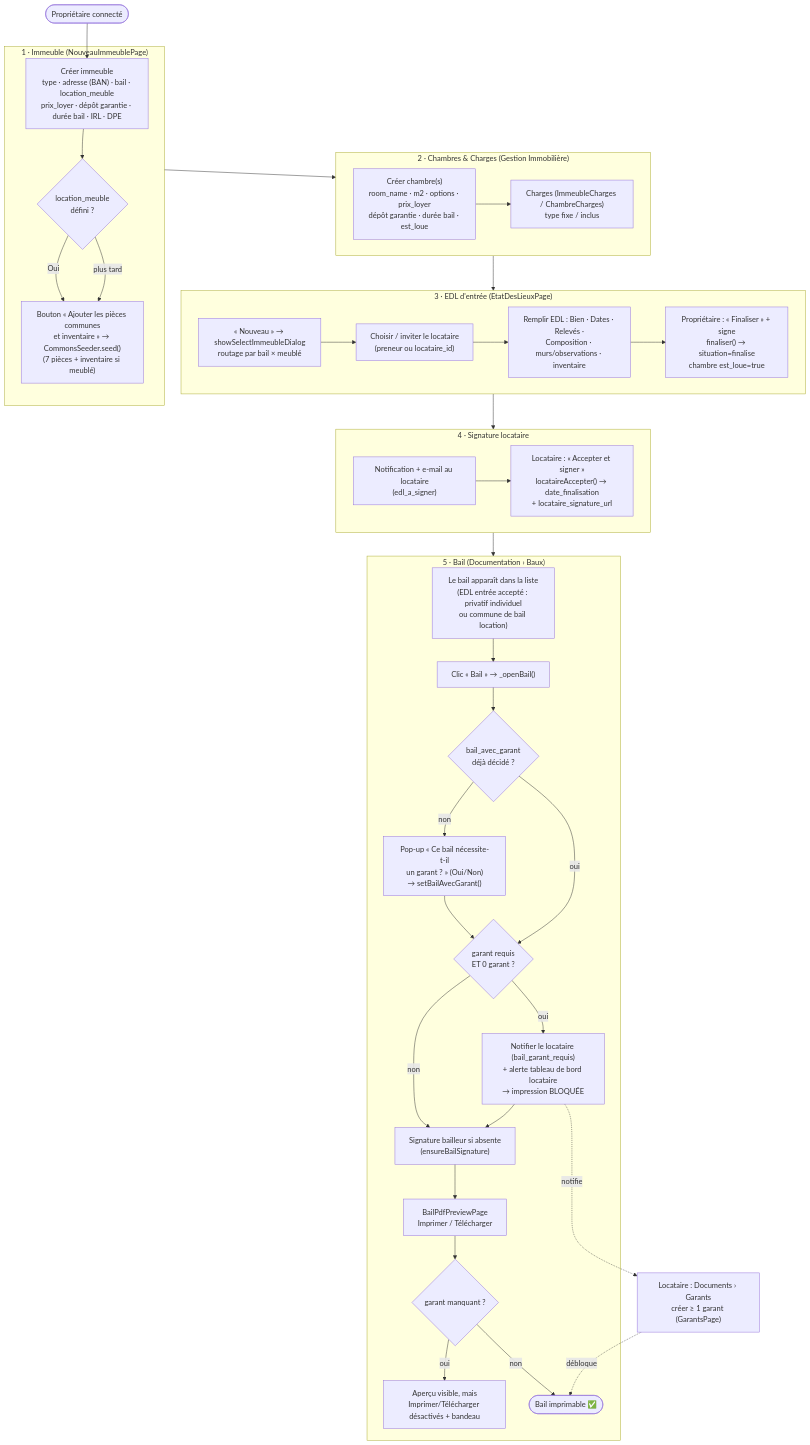
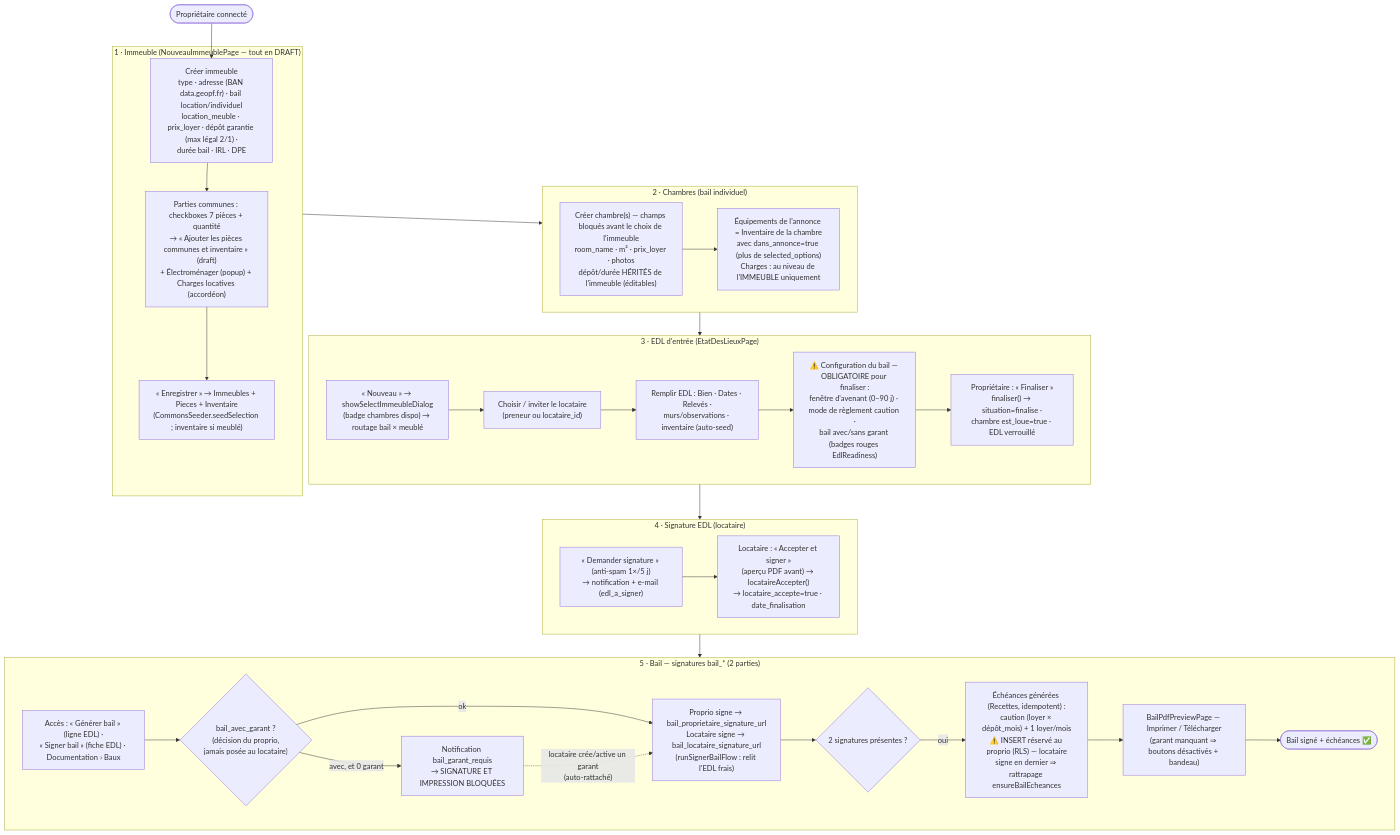
The first of 3 diagrams in diagrams/09_immeuble_vers_bail.md (rhayonne/lacoloc), drawn with Mermaid before and after one commit. The commit also changed other lines of this file and 31 other files, not shown here.

First line of the commit message:
feat(bail): résiliation avec prorata/remboursement de caution, acte de résiliation PDF, Vue générale Finances (v1.5.0)

````diff
--- a/diagrams/09_immeuble_vers_bail.md
+++ b/diagrams/09_immeuble_vers_bail.md
@@ -17,59 +20,49 @@
 ```mermaid
 flowchart TD
     START([Propriétaire connecté]) --> IMM
 
-    subgraph A["1 · Immeuble (NouveauImmeublePage)"]
-        IMM["Créer immeuble<br/>type · adresse (BAN) · bail · location_meuble<br/>prix_loyer · dépôt garantie · durée bail · IRL · DPE"]
-        IMM --> SEED{"location_meuble<br/>défini ?"}
-        SEED -->|Oui| COMMONS["Bouton « Ajouter les pièces communes<br/>et inventaire » → CommonsSeeder.seed()<br/>(7 pièces + inventaire si meublé)"]
-        SEED -->|plus tard| COMMONS
+    subgraph A["1 · Immeuble (NouveauImmeublePage — tout en DRAFT)"]
+        IMM["Créer immeuble<br/>type · adresse (BAN data.geopf.fr) · bail location/individuel<br/>location_meuble · prix_loyer · dépôt garantie (max légal 2/1) ·<br/>durée bail · IRL · DPE"]
+        IMM --> COMMONS["Parties communes : checkboxes 7 pièces + quantité<br/>→ « Ajouter les pièces communes et inventaire » (draft)<br/>+ Électroménager (popup) + Charges locatives (accordéon)"]
+        COMMONS --> SAVE["« Enregistrer » → Immeubles + Pieces + Inventaire<br/>(CommonsSeeder.seedSelection ; inventaire si meublé)"]
     end
 
     A --> B
 
-    subgraph B["2 · Chambres & Charges (Gestion Immobilière)"]
-        CH["Créer chambre(s)<br/>room_name · m2 · options · prix_loyer<br/>dépôt garantie · durée bail · est_loue"]
-        CHG["Charges (ImmeubleCharges / ChambreCharges)<br/>type fixe / inclus"]
-        CH --> CHG
+    subgraph B["2 · Chambres (bail individuel)"]
+        CH["Créer chambre(s) — champs bloqués avant le choix de l'immeuble<br/>room_name · m² · prix_loyer · photos<br/>dépôt/durée HÉRITÉS de l'immeuble (éditables)"]
+        CH --> INV["Équipements de l'annonce = Inventaire de la chambre<br/>avec dans_annonce=true (plus de selected_options)<br/>Charges : au niveau de l'IMMEUBLE uniquement"]
     end
 
     B --> C
 
     subgraph C["3 · EDL d'entrée (EtatDesLieuxPage)"]
-        NEW["« Nouveau » → showSelectImmeubleDialog<br/>routage par bail × meublé"]
+        NEW["« Nouveau » → showSelectImmeubleDialog<br/>(badge chambres dispo) → routage bail × meublé"]
         NEW --> LOC["Choisir / inviter le locataire<br/>(preneur ou locataire_id)"]
-        LOC --> FILL["Remplir EDL : Bien · Dates · Relevés ·<br/>Composition · murs/observations · inventaire"]
-        FILL --> FIN["Propriétaire : « Finaliser » + signe<br/>finaliser() → situation=finalise<br/>chambre est_loue=true"]
+        LOC --> FILL["Remplir EDL : Bien · Dates · Relevés ·<br/>murs/observations · inventaire (auto-seed)"]
+        FILL --> CFG["⚠️ Configuration du bail — OBLIGATOIRE pour finaliser :<br/>fenêtre d'avenant (0–90 j) · mode de règlement caution ·<br/>bail avec/sans garant (badges rouges EdlReadiness)"]
+        CFG --> FIN["Propriétaire : « Finaliser »<br/>finaliser() → situation=finalise ·<br/>chambre est_loue=true · EDL verrouillé"]
     end
 
     C --> D
 
-    subgraph D["4 · Signature locataire"]
-        NOTIF["Notification + e-mail au locataire<br/>(edl_a_signer)"]
-        SIGN["Locataire : « Accepter et signer »<br/>locataireAccepter() → date_finalisation<br/>+ locataire_signature_url"]
+    subgraph D["4 · Signature EDL (locataire)"]
+        NOTIF["« Demander signature » (anti-spam 1×/5 j)<br/>→ notification + e-mail (edl_a_signer)"]
+        SIGN["Locataire : « Accepter et signer »<br/>(aperçu PDF avant) → locataireAccepter()<br/>→ locataire_accepte=true · date_finalisation"]
         NOTIF --> SIGN
     end
 
     D --> E
 
-    subgraph E["5 · Bail (Documentation › Baux)"]
-        APPEAR["Le bail apparaît dans la liste<br/>(EDL entrée accepté : privatif individuel<br/>ou commune de bail location)"]
-        APPEAR --> OPEN["Clic « Bail » → _openBail()"]
-        OPEN --> GARANT{"bail_avec_garant<br/>déjà décidé ?"}
-        GARANT -->|non| ASKG["Pop-up « Ce bail nécessite-t-il<br/>un garant ? » (Oui/Non)<br/>→ setBailAvecGarant()"]
-        ASKG --> CHECKG
-        GARANT -->|oui| CHECKG{"garant requis<br/>ET 0 garant ?"}
-        CHECKG -->|oui| BLOCK["Notifier le locataire (bail_garant_requis)<br/>+ alerte tableau de bord locataire<br/>→ impression BLOQUÉE"]
-        CHECKG -->|non| SIGNB
-        BLOCK --> SIGNB
-        SIGNB["Signature bailleur si absente<br/>(ensureBailSignature)"]
-        SIGNB --> PREVIEW["BailPdfPreviewPage<br/>Imprimer / Télécharger"]
-        PREVIEW --> GATE{"garant manquant ?"}
-        GATE -->|oui| DISABLED["Aperçu visible, mais<br/>Imprimer/Télécharger désactivés + bandeau"]
-        GATE -->|non| PRINT([Bail imprimable ✅])
+    subgraph E["5 · Bail — signatures bail_* (2 parties)"]
+        OPEN["Accès : « Générer bail » (ligne EDL) ·<br/>« Signer bail » (fiche EDL) · Documentation › Baux"]
+        OPEN --> GARANT{"bail_avec_garant ?<br/>(décision du proprio,<br/>jamais posée au locataire)"}
+        GARANT -->|"avec, et 0 garant"| BLOCK["Notification bail_garant_requis<br/>→ SIGNATURE ET IMPRESSION BLOQUÉES"]
+        GARANT -->|ok| SIGNP["Proprio signe → bail_proprietaire_signature_url<br/>Locataire signe → bail_locataire_signature_url<br/>(runSignerBailFlow : relit l'EDL frais)"]
+        BLOCK -. "locataire crée/active un garant<br/>(auto-rattaché)" .-> SIGNP
+        SIGNP --> BOTH{"2 signatures présentes ?"}
+        BOTH -->|oui| ECH["Échéances générées (Recettes, idempotent) :<br/>caution (loyer × dépôt_mois) + 1 loyer/mois<br/>⚠️ INSERT réservé au proprio (RLS) — locataire<br/>signe en dernier ⇒ rattrapage ensureBailEcheances"]
+        ECH --> PREVIEW["BailPdfPreviewPage — Imprimer / Télécharger<br/>(garant manquant ⇒ boutons désactivés + bandeau)"]
+        PREVIEW --> PRINT([Bail signé + échéances ✅])
     end
-
-    %% Côté locataire pour les garants
-    BLOCK -.notifie.-> LGAR["Locataire : Documents › Garants<br/>créer ≥ 1 garant (GarantsPage)"]
-    LGAR -.débloque.-> PRINT
 ```
````
